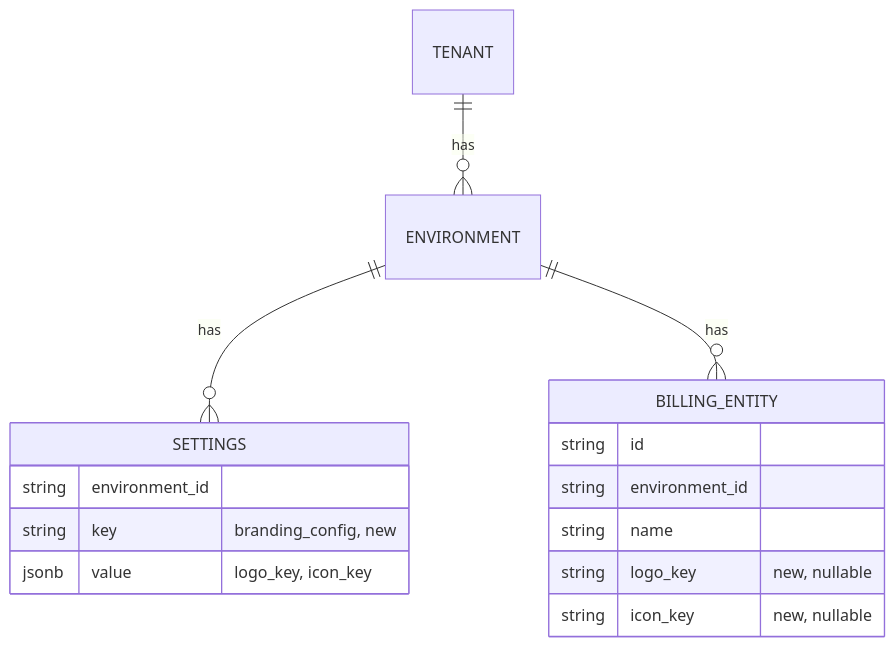
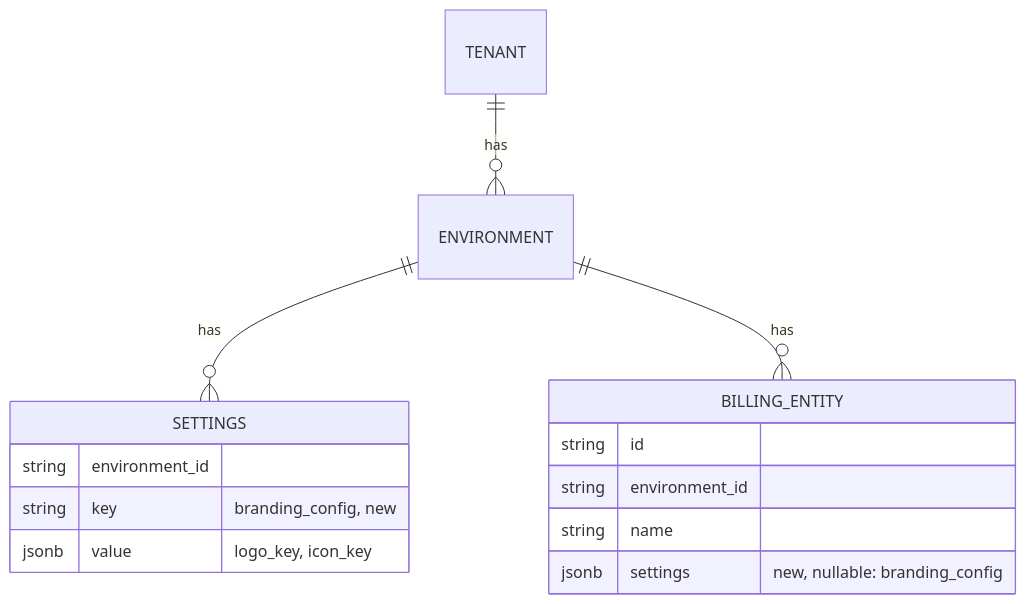
One commit to flexprice/flexprice changed the second of 4 diagrams in docs/design/2026-11-12-tenant-branding-erd.md. Above: the diagram before and after it, drawn with Mermaid. The commit also changed other lines of this file and 25 other files, not shown here.

First line of the commit message:
refactor(branding): billing entity branding as a settings override

````diff
--- a/docs/design/2026-11-12-tenant-branding-erd.md
+++ b/docs/design/2026-11-12-tenant-branding-erd.md
@@ -237,18 +237,17 @@
 ```mermaid
 erDiagram
   TENANT ||--o{ ENVIRONMENT : has
   ENVIRONMENT ||--o{ SETTINGS : has
   ENVIRONMENT ||--o{ BILLING_ENTITY : has
   SETTINGS {
     string environment_id
     string key "branding_config, new"
     jsonb value "logo_key, icon_key"
   }
   BILLING_ENTITY {
     string id
     string environment_id
     string name
-    string logo_key "new, nullable"
-    string icon_key "new, nullable"
+    jsonb settings "new, nullable: branding_config"
   }
 ```
````
